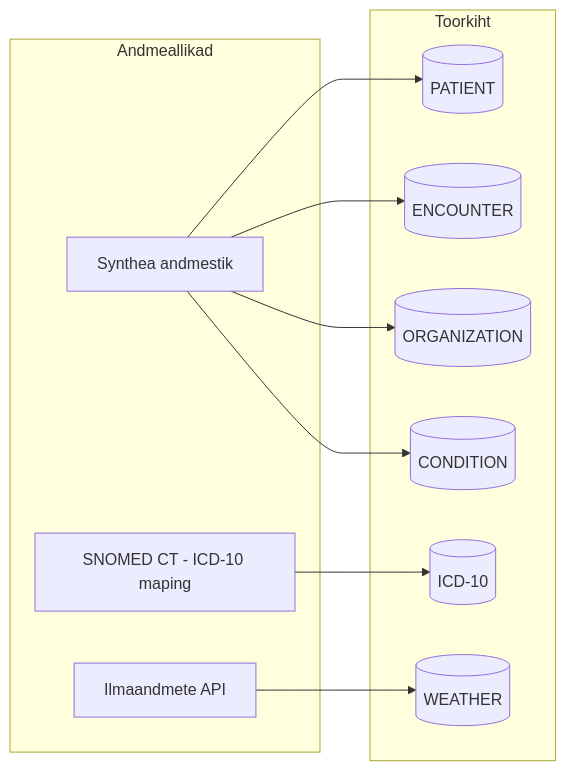
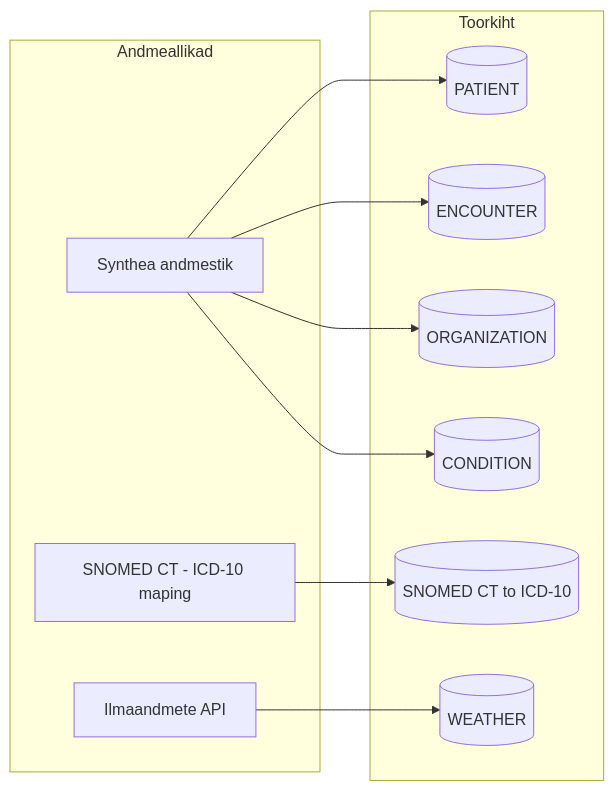
One commit to sergeierbin/weather-disease-correlation changed the first of 3 diagrams in docs/arhitektuur.md. Above: the diagram before and after it, drawn with Mermaid. The commit also changed other lines of this file and 4 other files, not shown here.

````diff
--- a/docs/arhitektuur.md
+++ b/docs/arhitektuur.md
@@ -11,28 +11,28 @@
 ```mermaid
 %% Andmeallikad
 
 graph LR
     subgraph Andmeallikad
         A[Synthea andmestik] 
         B[SNOMED CT - ICD-10 maping]
         C[Ilmaandmete API]
     end
 
     subgraph Toorkiht
         D[(PATIENT)]
         E[(ENCOUNTER)]
         F[(ORGANIZATION)]
-        G[(ICD-10)]
+        G[(SNOMED CT to ICD-10)]
         H[(WEATHER)]
         I[(CONDITION)]
     end
 
     A --> D
     A --> E
     A --> F
     A --> I
     
     B --> G
 
     C --> H
 ```
````
